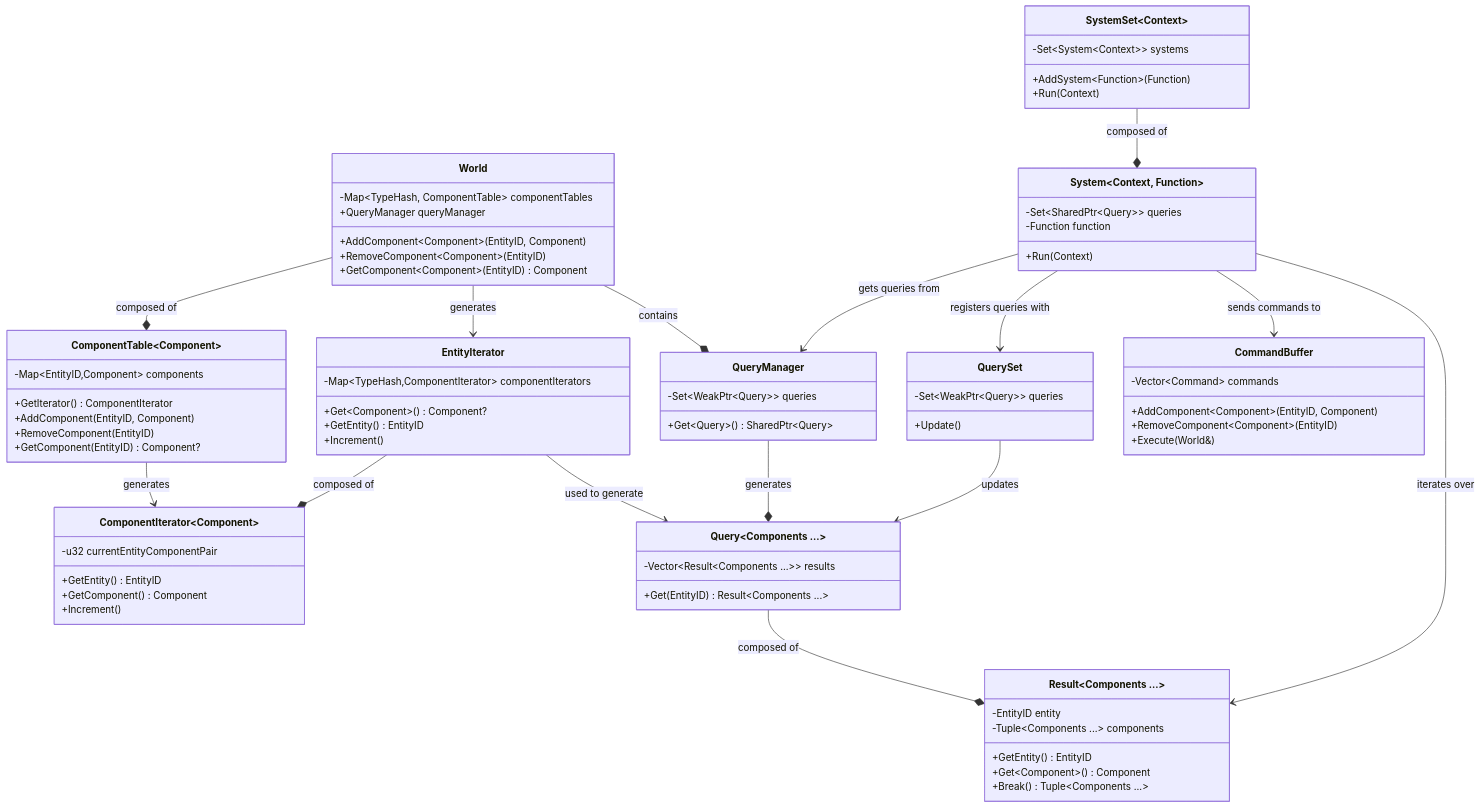
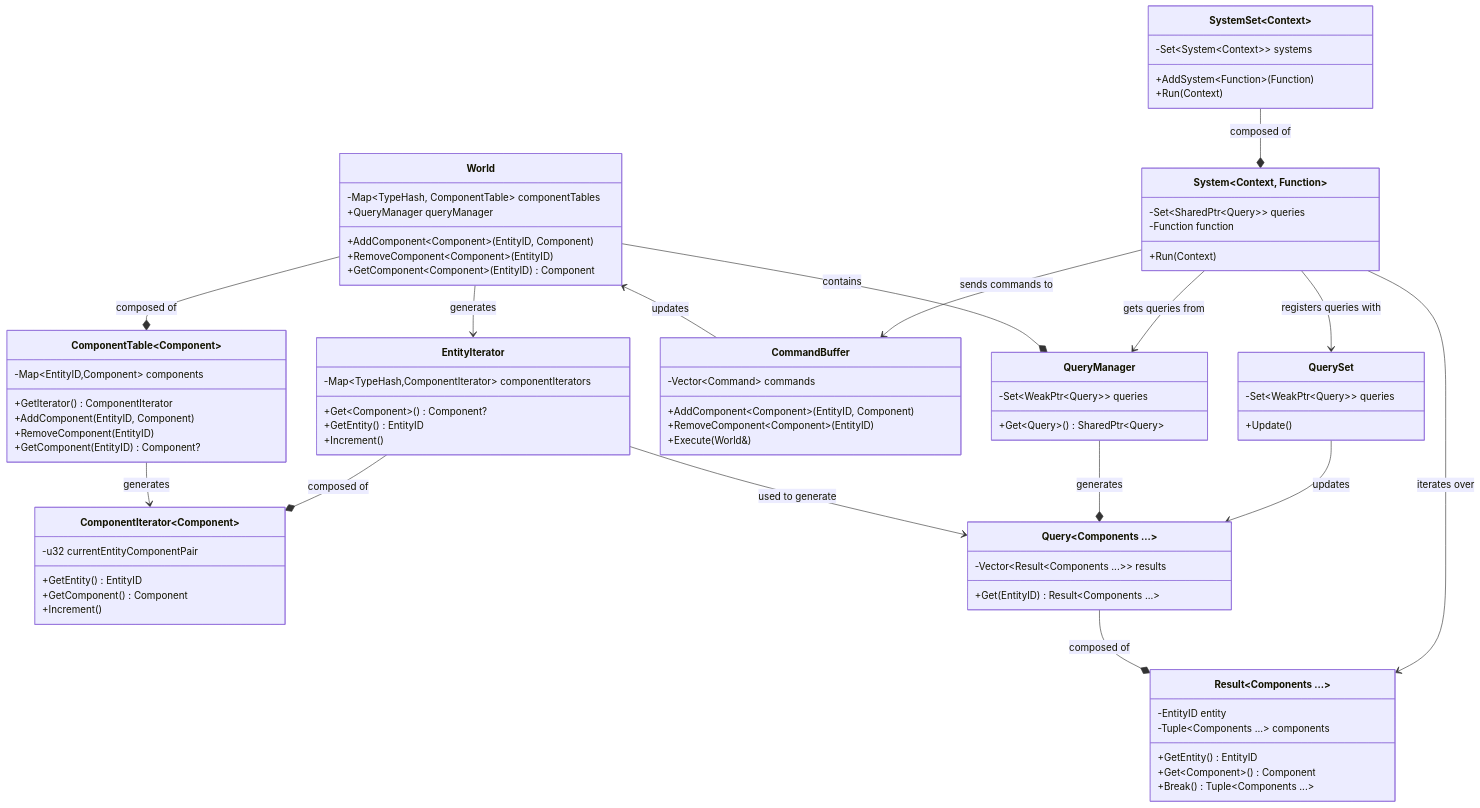
One commit to FlitneyR/flitneyr.github.io changed the diagram in _posts/2025-11-01-OnyxECS.md. Above: the diagram before and after it, drawn with Mermaid. The commit also changed other lines of this file, not shown here.

Commit message:
Add missing link to Onyx ECS UML

```diff
--- a/_posts/2025-11-01-OnyxECS.md
+++ b/_posts/2025-11-01-OnyxECS.md
@@ -478,6 +478,14 @@
     ComponentTable --> ComponentIterator : generates
     World --> EntityIterator : generates
     EntityIterator --* ComponentIterator : composed of
+
+    class CommandBuffer {
+        -Vector~Command~ commands
+        +AddComponent~Component~(EntityID, Component)
+        +RemoveComponent~Component~(EntityID)
+        +Execute( World& )
+    }
+    World <-- CommandBuffer : updates
 
     class QueryManager {
         -Set~WeakPtr~Query~~ queries
@@ -521,13 +529,5 @@
     System --> QuerySet : registers queries with
     System --> Result : iterates over
     SystemSet --* System : composed of
-
-    class CommandBuffer {
-        -Vector~Command~ commands
-        +AddComponent~Component~(EntityID, Component)
-        +RemoveComponent~Component~(EntityID)
-        +Execute( World& )
-    }
-
     System --> CommandBuffer : sends commands to
 </pre>
```
